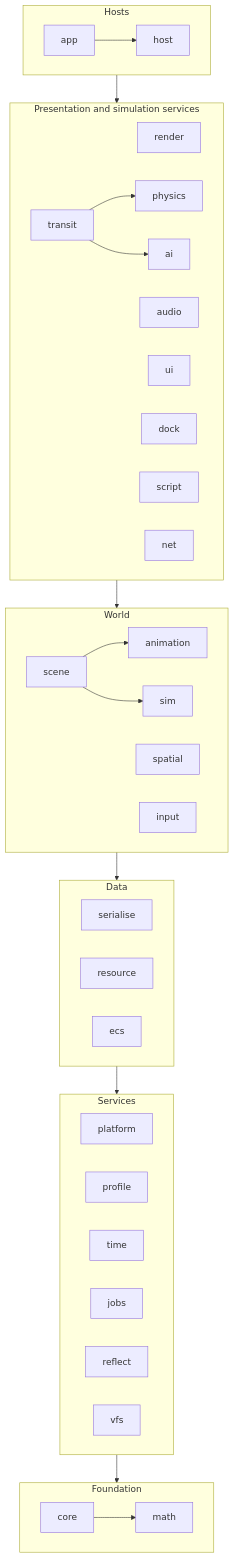
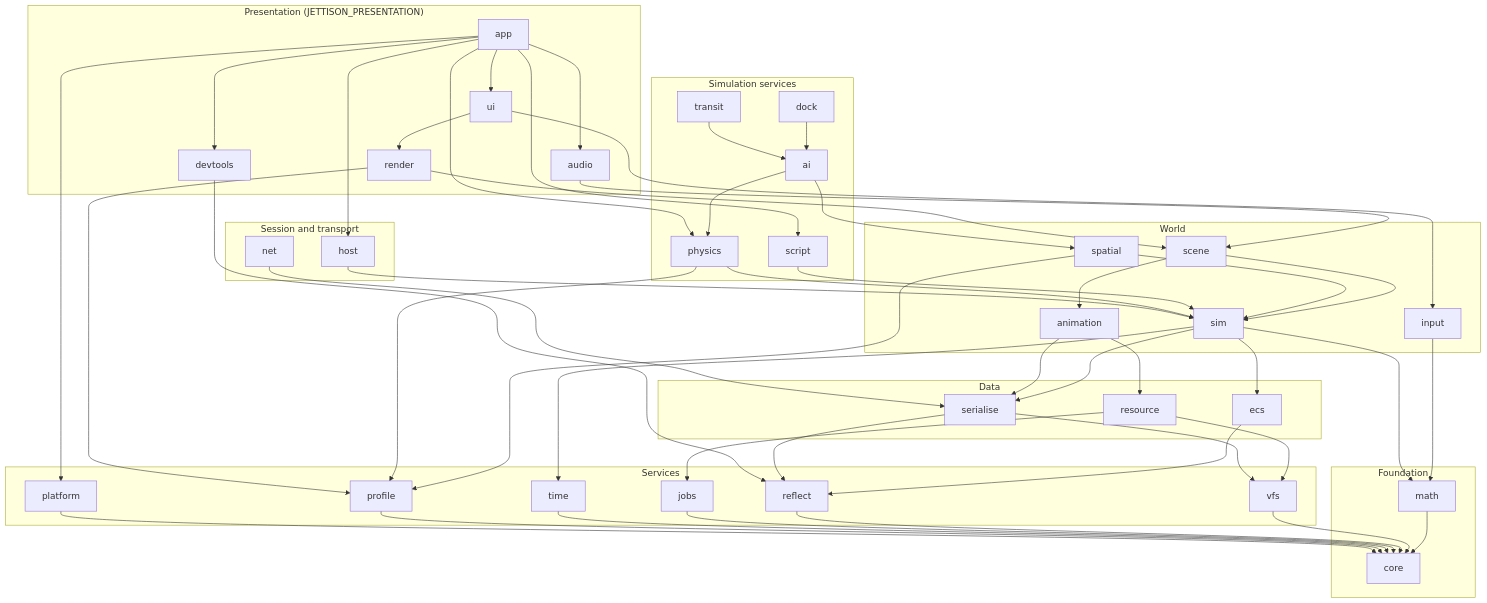
Before and after one commit to ivanhawkes/jettison: the first of 3 diagrams in docs/architecture.md, drawn with Mermaid. The commit also changed other lines of this file and 40 other files, not shown here.

````diff
--- a/docs/architecture.md
+++ b/docs/architecture.md
@@ -135,30 +151,69 @@
 ```mermaid
 flowchart TB
-    subgraph T0[Foundation]
-        core --> math
+    subgraph presentation["Presentation (JETTISON_PRESENTATION)"]
+        render; audio; ui; devtools; app
     end
-    subgraph T1[Services]
+    subgraph session["Session and transport"]
+        host; net
+    end
+    subgraph simservices["Simulation services"]
+        physics; ai; transit; dock; script
+    end
+    subgraph world["World"]
+        animation; sim; spatial; scene; input
+    end
+    subgraph data["Data"]
+        serialise; resource; ecs
+    end
+    subgraph services["Services"]
         platform; profile; time; jobs; reflect; vfs
     end
-    subgraph T2[Data]
-        serialise; resource; ecs
+    subgraph foundation["Foundation"]
+        core; math
     end
-    subgraph T3[World]
-        scene --> animation
-        scene --> sim
-        sim; spatial; input
-    end
-    subgraph T4[Presentation and simulation services]
-        render; physics; audio; ui; ai; transit; dock; script; net
-        transit --> physics
-        transit --> ai
-    end
-    subgraph T5[Hosts]
-        app --> host
-    end
-    T1 --> T0
-    T2 --> T1
-    T3 --> T2
-    T4 --> T3
-    T5 --> T4
+    render --> profile
+    render --> scene
+    audio --> scene
+    ui --> input
+    ui --> render
+    devtools --> reflect
+    app --> audio
+    app --> devtools
+    app --> host
+    app --> physics
+    app --> platform
+    app --> script
+    app --> ui
+    host --> sim
+    net --> serialise
+    physics --> profile
+    physics --> sim
+    ai --> physics
+    ai --> spatial
+    transit --> ai
+    dock --> ai
+    script --> sim
+    animation --> resource
+    animation --> serialise
+    sim --> math
+    sim --> time
+    sim --> ecs
+    sim --> serialise
+    spatial --> profile
+    spatial --> sim
+    scene --> animation
+    scene --> sim
+    input --> math
+    serialise --> reflect
+    serialise --> vfs
+    resource --> jobs
+    resource --> vfs
+    ecs --> reflect
+    platform --> core
+    profile --> core
+    time --> core
+    jobs --> core
+    reflect --> core
+    vfs --> core
+    math --> core
 ```
````
